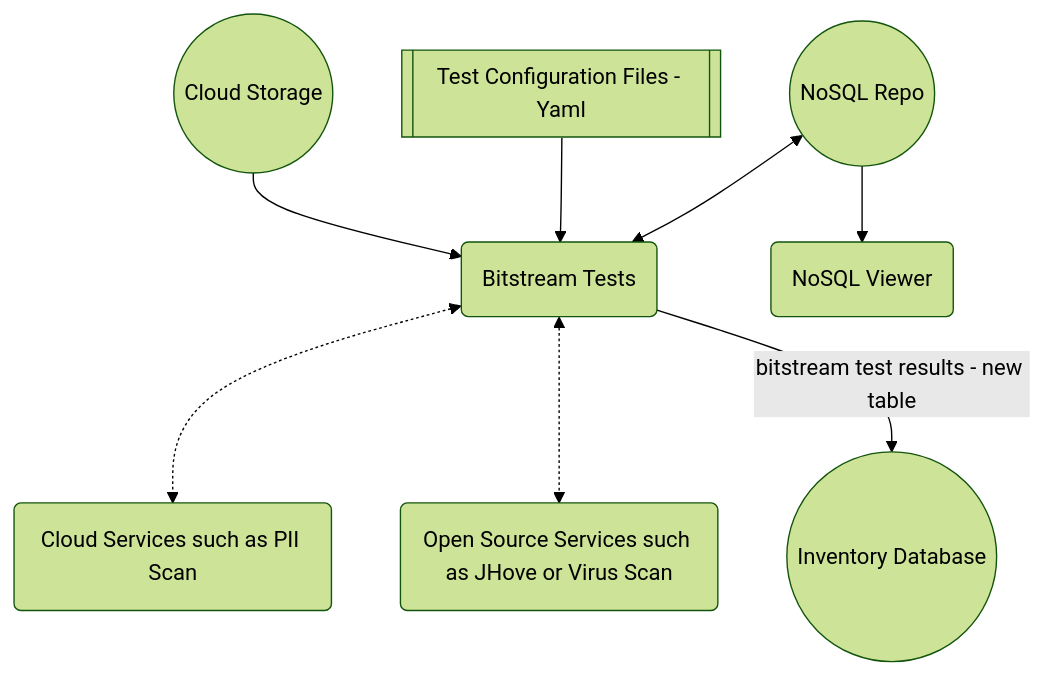
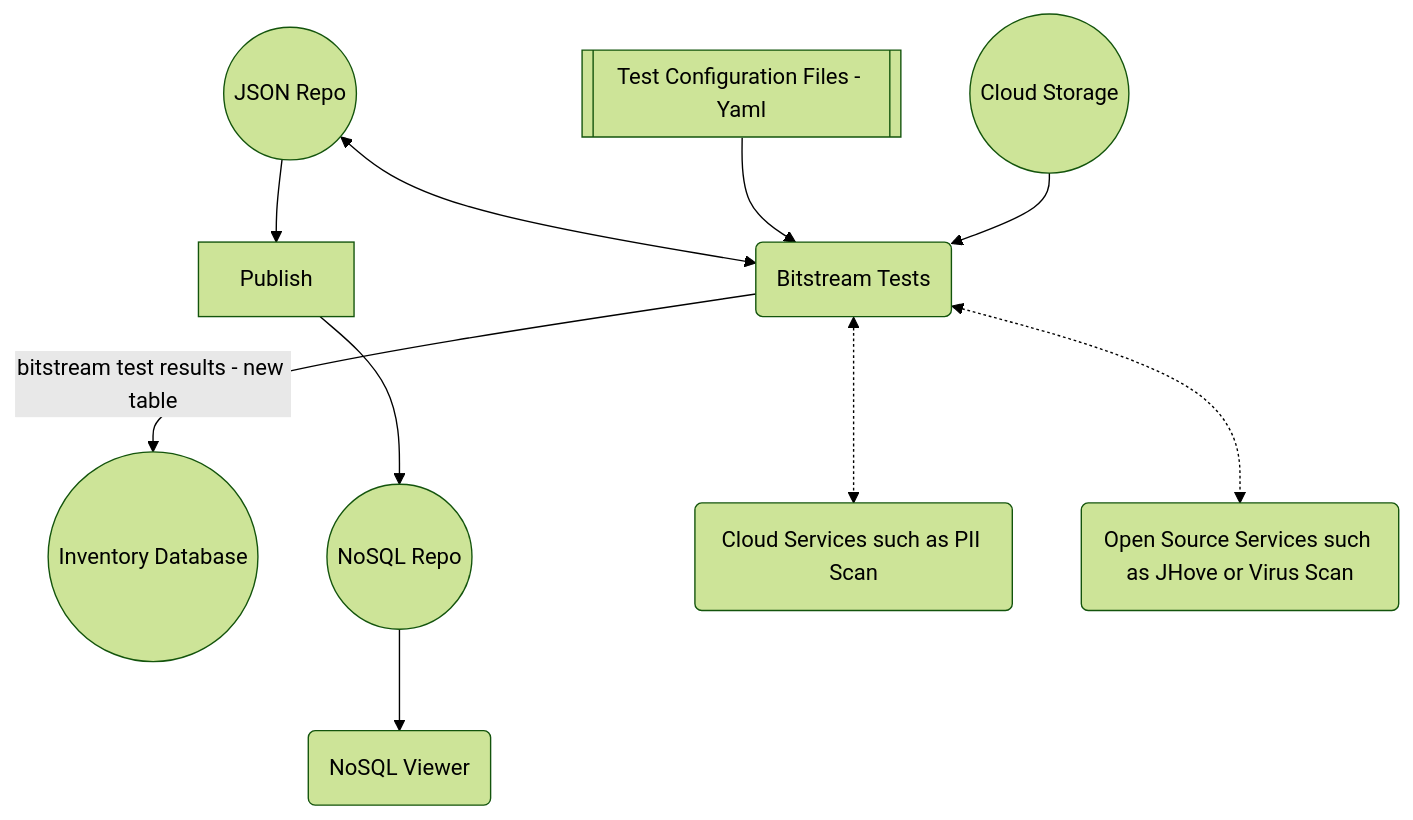
The third of 5 diagrams in coll-health-obj-analysis/README.md (CDLUC3/mrt-cron), drawn with Mermaid (forest theme) before and after one commit. The commit also changed other lines of this file, not shown here.

````diff
--- a/coll-health-obj-analysis/README.md
+++ b/coll-health-obj-analysis/README.md
@@ -52,18 +57,21 @@
 ```mermaid
   graph TD;
       INV_DB((Inventory Database))
+      JsonRepo((JSON Repo))
       NoSQL((NoSQL Repo))
       BitstreamTests(Bitstream Tests)
-      NoSQL<-->BitstreamTests
+      JsonRepo<-->BitstreamTests
+      JsonRepo-->Publish
+      Publish-->NoSQL
       TestConfig[[Test Configuration Files - Yaml]]
       TestConfig-->BitstreamTests
       NoSQLViewer(NoSQL Viewer)
       NoSQL-->NoSQLViewer
       Cloud((Cloud Storage))
       Cloud-->BitstreamTests
       CloudServices(Cloud Services such as PII Scan)
       OpenSrcServices(Open Source Services such as JHove or Virus Scan)
       BitstreamTests<-.->CloudServices
       BitstreamTests<-.->OpenSrcServices
       BitstreamTests--"bitstream test results - new table"-->INV_DB
 ```
````
